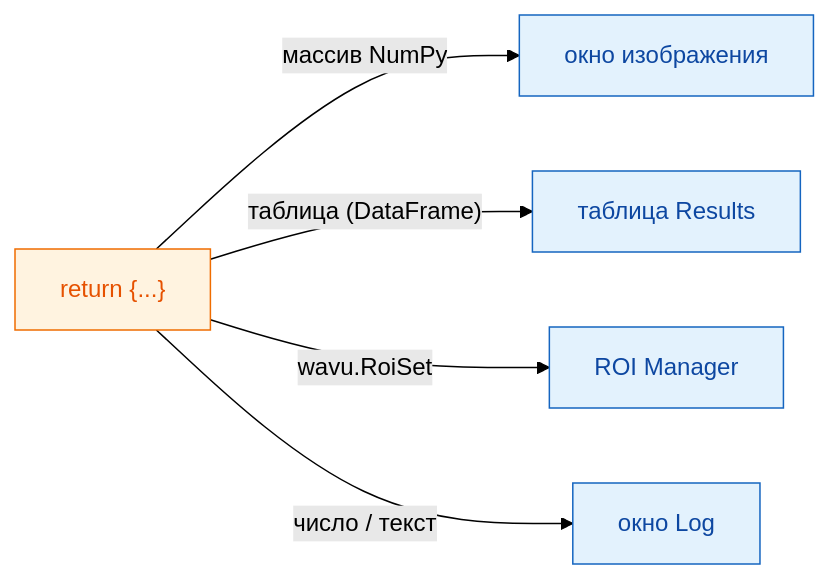
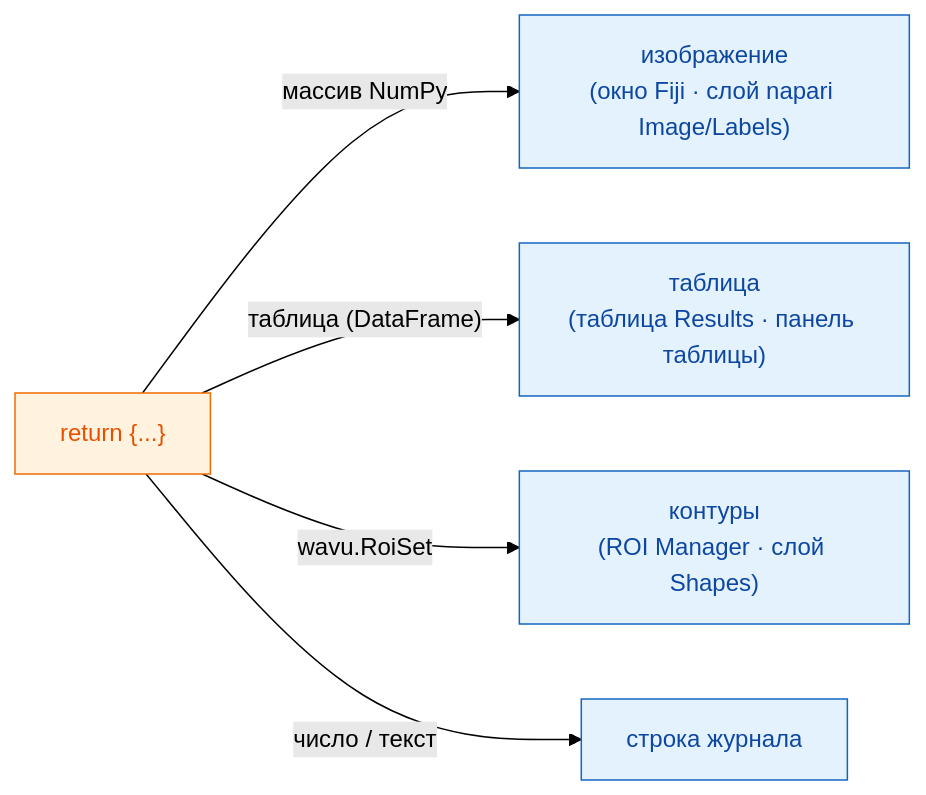
The diagram in guide/write/outputs.ru.md (Oxford-Zeiss-Centre-of-Excellence/Wavu), drawn with Mermaid (forest theme) before and after one commit. The commit also changed other lines of this file and 221 other files, not shown here.

````diff
--- a/guide/write/outputs.ru.md
+++ b/guide/write/outputs.ru.md
@@ -11,15 +13,15 @@
 ```mermaid
 flowchart LR
     R["return {...}"]:::script
-    I["окно изображения"]:::fiji
-    T["таблица Results"]:::fiji
-    O["ROI Manager"]:::fiji
-    L["окно Log"]:::fiji
+    I["изображение<br/>(окно Fiji · слой napari Image/Labels)"]:::fiji
+    T["таблица<br/>(таблица Results · панель таблицы)"]:::fiji
+    O["контуры<br/>(ROI Manager · слой Shapes)"]:::fiji
+    L["строка журнала"]:::fiji
     R -- "массив NumPy" --> I
     R -- "таблица (DataFrame)" --> T
     R -- "wavu.RoiSet" --> O
     R -- "число / текст" --> L
 
     classDef fiji   fill:#e3f2fd,stroke:#1565c0,color:#0d47a1
     classDef script fill:#fff3e0,stroke:#ef6c00,color:#e65100
 ```
````
